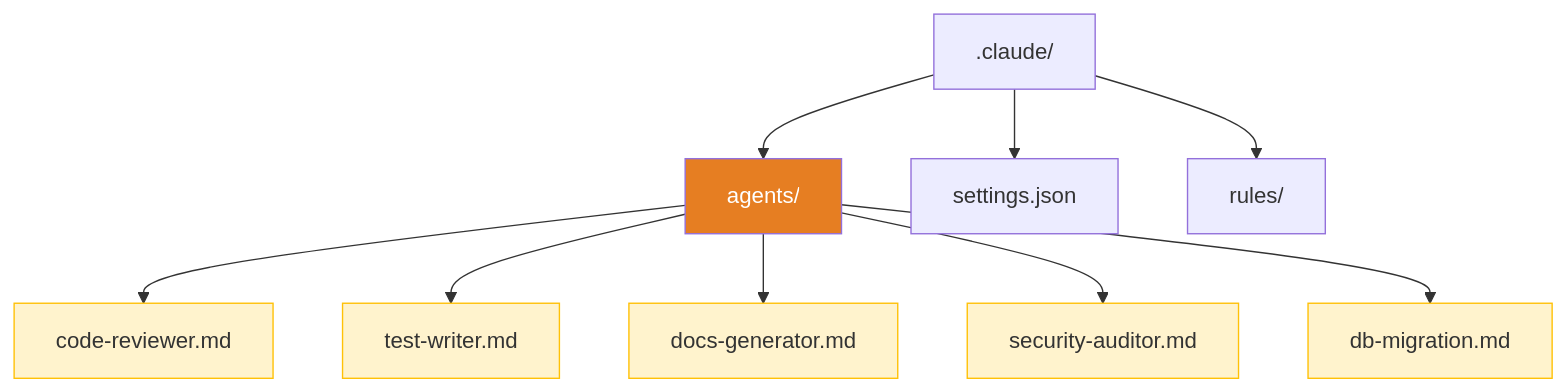
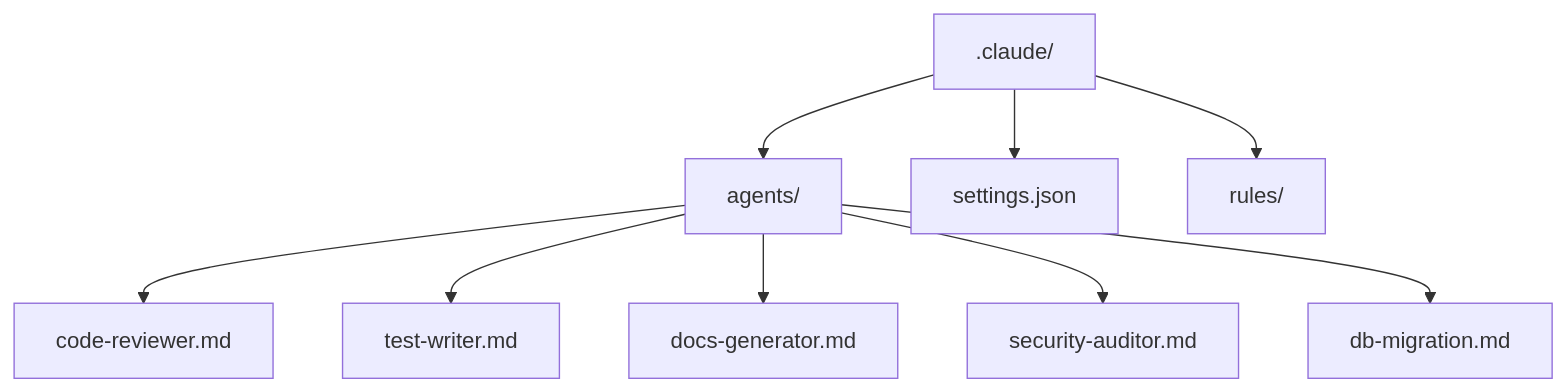
Before and after one commit to IzzetYasinAtes/ClaudeCodeHandbook: the first of 5 diagrams in 13-subagentlar-ve-agent-takimlari/03-ozel-subagent-olusturma.md, drawn with Mermaid. The commit also changed other lines of this file and 97 other files, not shown here.

Commit message:
Remove all custom Mermaid style/fill colors from 98 markdown files for consistent dark theme rendering

````diff
--- a/13-subagentlar-ve-agent-takimlari/03-ozel-subagent-olusturma.md
+++ b/13-subagentlar-ve-agent-takimlari/03-ozel-subagent-olusturma.md
@@ -34,19 +34,13 @@
 ```mermaid
 flowchart TD
     ROOT[".claude/"] --> AGENTS["agents/"]
     ROOT --> SETTINGS["settings.json"]
     ROOT --> RULES["rules/"]
 
     AGENTS --> A1["code-reviewer.md"]
     AGENTS --> A2["test-writer.md"]
     AGENTS --> A3["docs-generator.md"]
     AGENTS --> A4["security-auditor.md"]
     AGENTS --> A5["db-migration.md"]
 
-    style AGENTS fill:#E67E22,color:#fff
-    style A1 fill:#fff3cd,stroke:#ffc107
-    style A2 fill:#fff3cd,stroke:#ffc107
-    style A3 fill:#fff3cd,stroke:#ffc107
-    style A4 fill:#fff3cd,stroke:#ffc107
-    style A5 fill:#fff3cd,stroke:#ffc107
 ```
````
